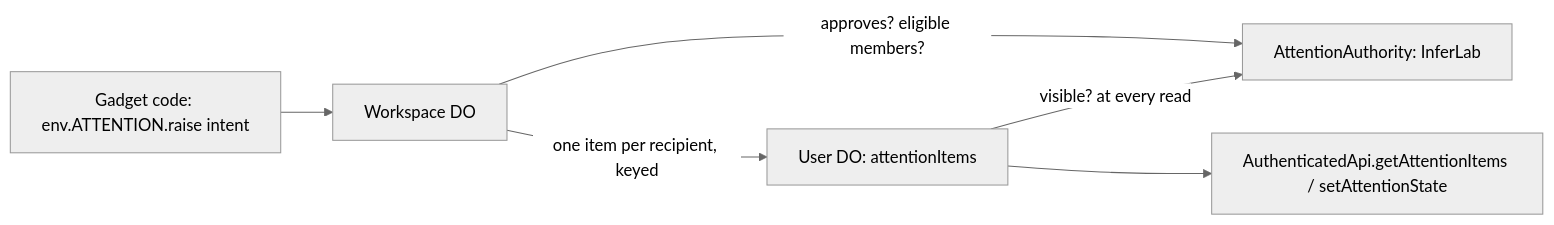
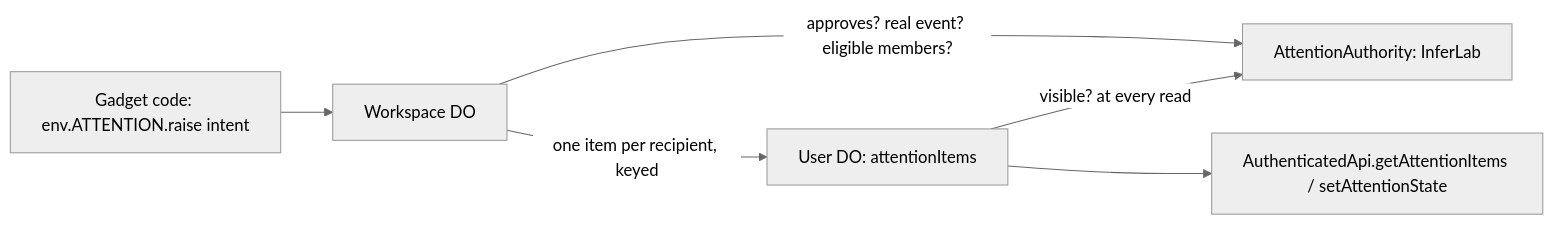
Before and after one commit to factory-level/inferOS: the diagram in docs/attention.md, drawn with Mermaid (neutral theme). The commit also changed other lines of this file and 2 other files, not shown here.

First line of the commit message:
fix(kernel): attention requires a real committed source event (FAC-237 r1)

````diff
--- a/docs/attention.md
+++ b/docs/attention.md
@@ -9,8 +9,8 @@
 ```mermaid
 flowchart LR
   Gadget[Gadget code: env.ATTENTION.raise intent] --> Overseer[Workspace DO]
-  Overseer -->|approves? eligible members?| Authority[AttentionAuthority: InferLab]
+  Overseer -->|approves? real event? eligible members?| Authority[AttentionAuthority: InferLab]
   Overseer -->|one item per recipient, keyed| User[User DO: attentionItems]
   User -->|visible? at every read| Authority
   User --> Reader[AuthenticatedApi.getAttentionItems / setAttentionState]
 ```
````
